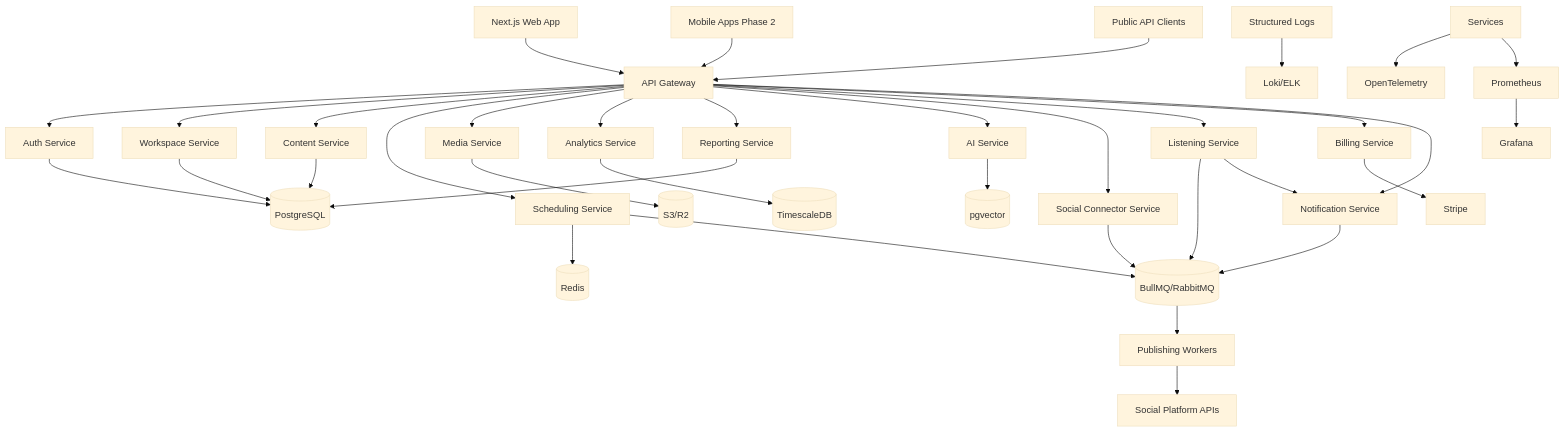
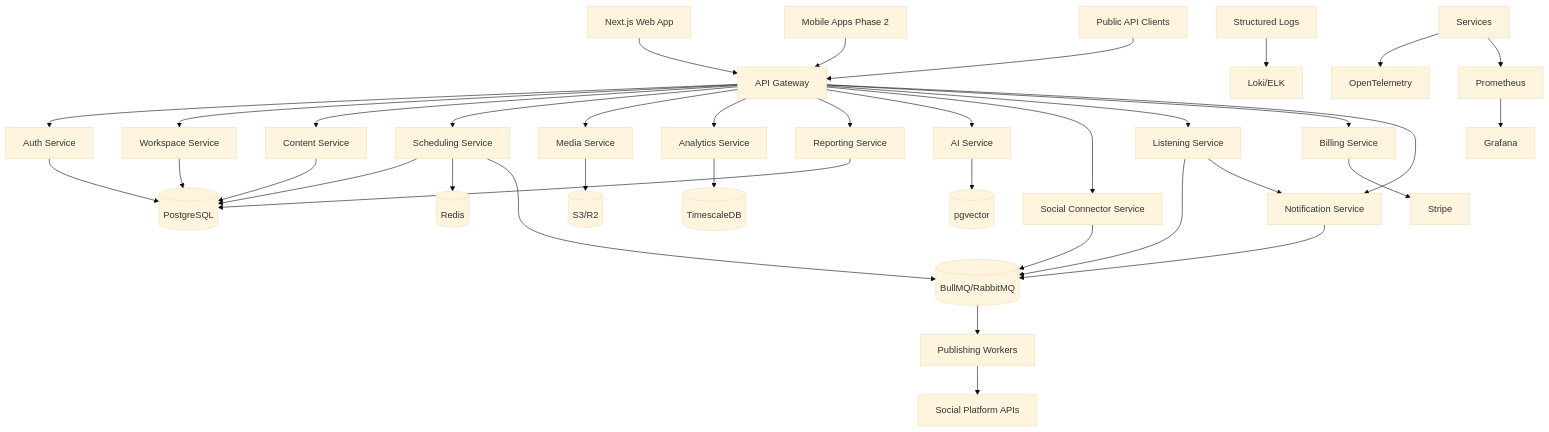
The first of 11 diagrams in docs/architecture/system-architecture.md (DevAbhishek11/Ai-SSM-Platfrom-SaaS), drawn with Mermaid (base theme) before and after one commit. The commit also changed other lines of this file and 31 other files, not shown here.

````diff
--- a/docs/architecture/system-architecture.md
+++ b/docs/architecture/system-architecture.md
@@ -17,41 +17,42 @@
 ```mermaid
 flowchart TB
   web[Next.js Web App] --> gateway[API Gateway]
   mobile[Mobile Apps Phase 2] --> gateway
   publicApi[Public API Clients] --> gateway
 
   gateway --> auth[Auth Service]
   gateway --> workspace[Workspace Service]
   gateway --> content[Content Service]
   gateway --> scheduler[Scheduling Service]
   gateway --> media[Media Service]
   gateway --> analytics[Analytics Service]
   gateway --> reports[Reporting Service]
   gateway --> ai[AI Service]
   gateway --> social[Social Connector Service]
   gateway --> listening[Listening Service]
   gateway --> billing[Billing Service]
   gateway --> notification[Notification Service]
 
   content --> postgres[(PostgreSQL)]
   workspace --> postgres
   auth --> postgres
   reports --> postgres
+  scheduler --> postgres
   analytics --> timescale[(TimescaleDB)]
   scheduler --> redis[(Redis)]
   scheduler --> queue[(BullMQ/RabbitMQ)]
   media --> objectStore[(S3/R2)]
   ai --> vector[(pgvector)]
   social --> queue
   listening --> queue
   listening --> notification
   notification --> queue
   billing --> stripe[Stripe]
   queue --> publisher[Publishing Workers]
   publisher --> platforms[Social Platform APIs]
 
   apiLogs[Structured Logs] --> loki[Loki/ELK]
   services[Services] --> otel[OpenTelemetry]
   services --> prometheus[Prometheus]
   prometheus --> grafana[Grafana]
 ```
````
